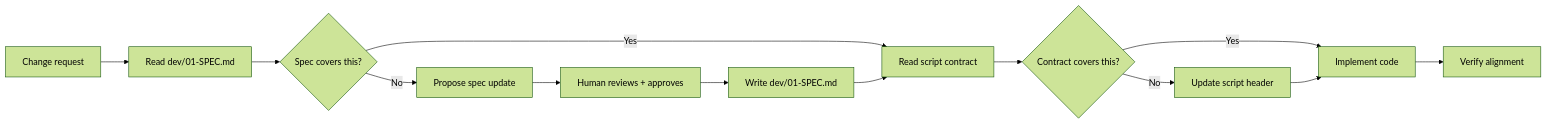
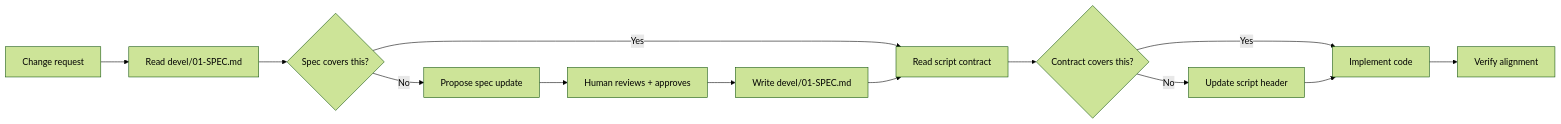
The diagram in devel/02-WORKFLOW.md (sjbylo/aba), drawn with Mermaid (forest theme) before and after one commit. The commit also changed other lines of this file and 13 other files, not shown here.

First line of the commit message:
docs: rename dev/ to devel/, update backlog and gotest instructions

````diff
--- a/devel/02-WORKFLOW.md
+++ b/devel/02-WORKFLOW.md
@@ -26,15 +26,15 @@
 ```mermaid
 flowchart LR
-    Request["Change request"] --> CheckSpec["Read dev/01-SPEC.md"]
+    Request["Change request"] --> CheckSpec["Read devel/01-SPEC.md"]
     CheckSpec --> SpecGap{"Spec covers this?"}
     SpecGap -->|No| ProposeSpec["Propose spec update"]
     SpecGap -->|Yes| CheckContract["Read script contract"]
     ProposeSpec --> HumanReview["Human reviews + approves"]
-    HumanReview --> WriteSpec["Write dev/01-SPEC.md"]
+    HumanReview --> WriteSpec["Write devel/01-SPEC.md"]
     WriteSpec --> CheckContract
     CheckContract --> ContractGap{"Contract covers this?"}
     ContractGap -->|No| UpdateContract["Update script header"]
     ContractGap -->|Yes| Implement["Implement code"]
     UpdateContract --> Implement
     Implement --> Verify["Verify alignment"]
 ```
````
